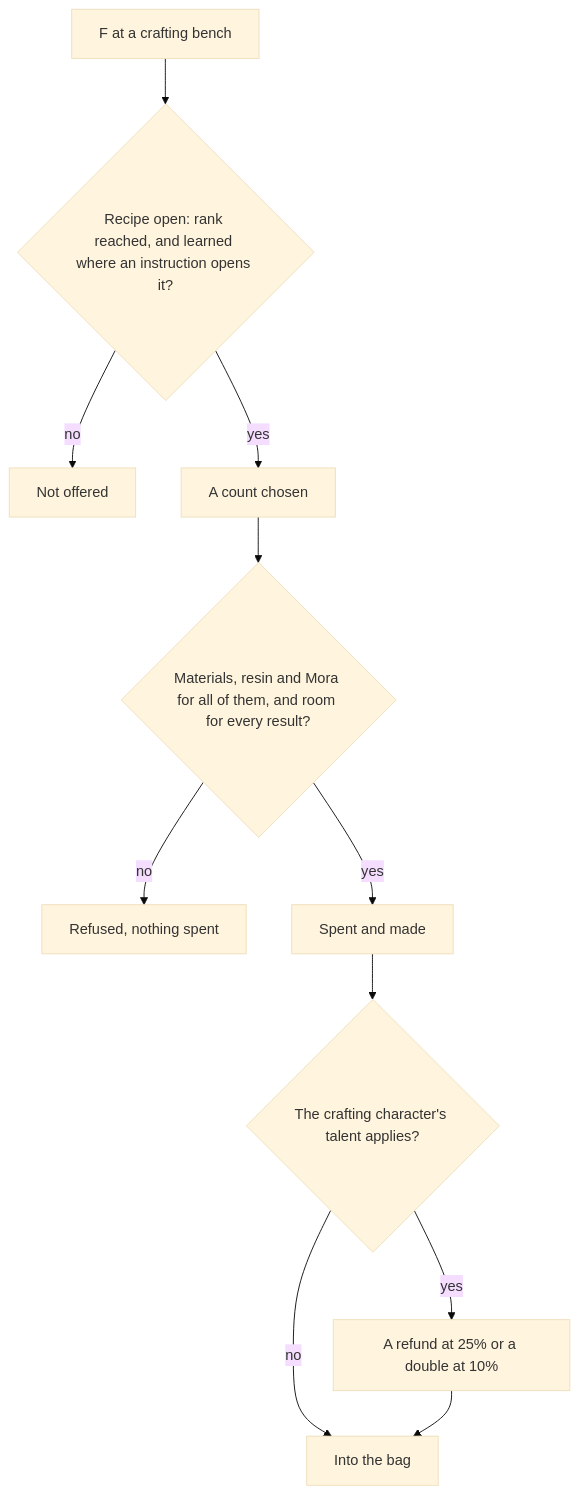
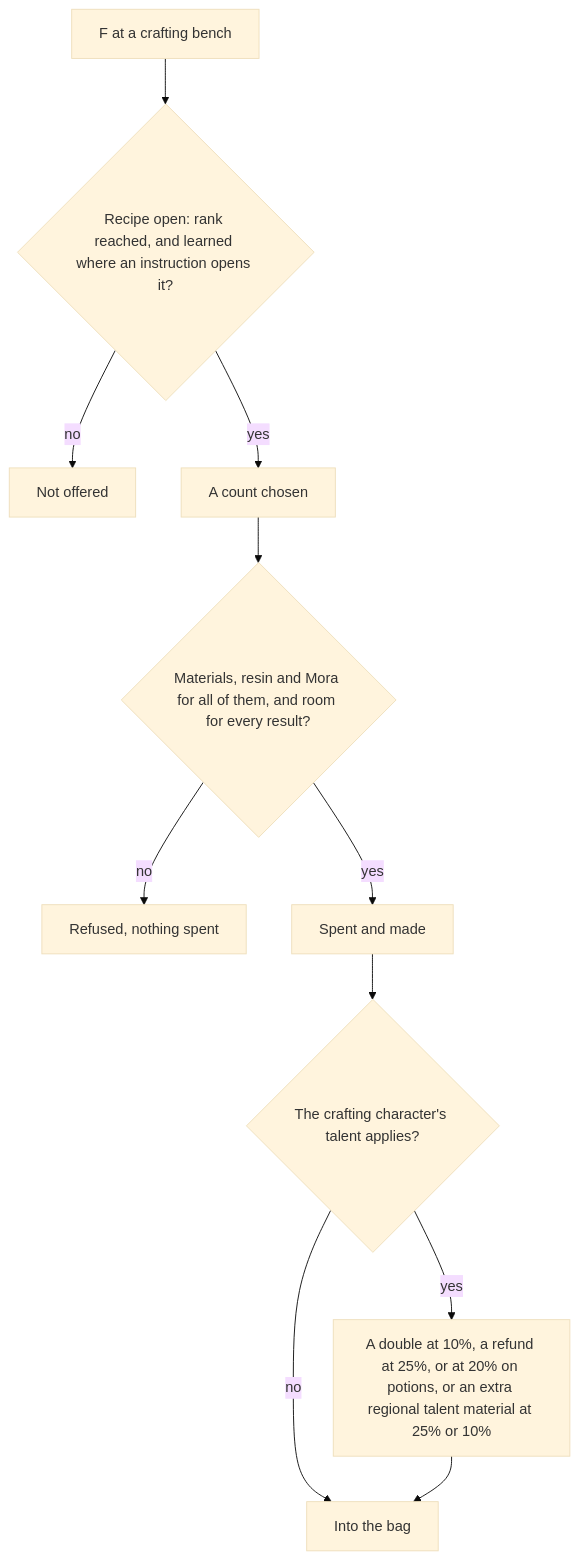
The diagram in apps/web/content/docs/proposals/genshin/crafting.md (Esposter/Esposter), drawn with Mermaid (base theme) before and after one commit.

Commit message:
docs(genshin): the crafting flow's talent node lists every outcome the decisions settle
Answers: 4234668074

````diff
--- a/apps/web/content/docs/proposals/genshin/crafting.md
+++ b/apps/web/content/docs/proposals/genshin/crafting.md
@@ -36,13 +36,13 @@
 ```mermaid
 flowchart TD
   BENCH["F at a crafting bench"] --> RECIPE{"Recipe open: rank reached, and learned where an instruction opens it?"}
   RECIPE -->|"no"| HIDDEN["Not offered"]
   RECIPE -->|"yes"| COUNT["A count chosen"]
   COUNT --> PAY{"Materials, resin and Mora for all of them, and room for every result?"}
   PAY -->|"no"| REFUSE["Refused, nothing spent"]
   PAY -->|"yes"| MAKE["Spent and made"]
   MAKE --> BONUS{"The crafting character's talent applies?"}
-  BONUS -->|"yes"| EXTRA["A refund at 25% or a double at 10%"]
+  BONUS -->|"yes"| EXTRA["A double at 10%, a refund at 25%, or at 20% on potions, or an extra regional talent material at 25% or 10%"]
   BONUS -->|"no"| DONE["Into the bag"]
   EXTRA --> DONE
 ```
````
